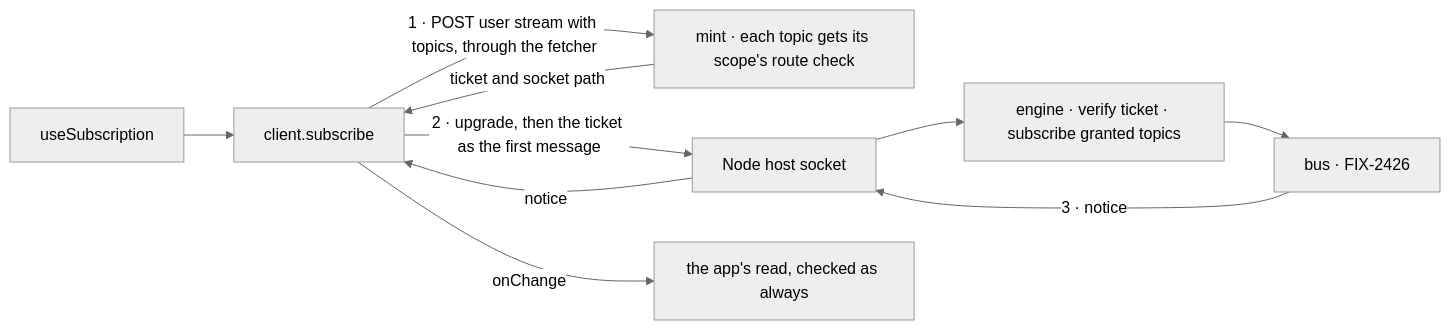
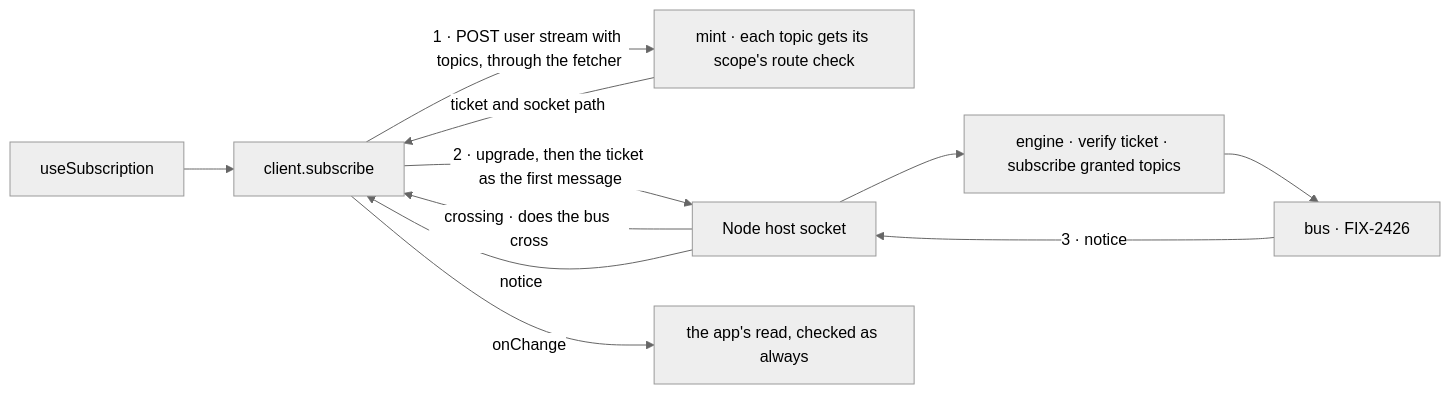
Before and after one commit to fixpoint-labs/flow-state-dev: the second of 2 diagrams in specs/issues/FIX-2428/SPEC.md, drawn with Mermaid (neutral theme). The commit also changed other lines of this file and 13 other files, not shown here.

````diff
--- a/specs/issues/FIX-2428/SPEC.md
+++ b/specs/issues/FIX-2428/SPEC.md
@@ -97,12 +98,13 @@
 ```mermaid
 flowchart LR
   H["useSubscription"] --> S["client.subscribe"]
   S -->|"1 · POST user stream with topics, through the fetcher"| M["mint · each topic gets its scope's route check"]
   M -->|"ticket and socket path"| S
   S -->|"2 · upgrade, then the ticket as the first message"| N["Node host socket"]
   N --> V["engine · verify ticket · subscribe granted topics"]
   V --> B["bus · FIX-2426"]
+  N -->|"crossing · does the bus cross"| S
   B -->|"3 · notice"| N
   N -->|"notice"| S
   S -->|"onChange"| R["the app's read, checked as always"]
 ```
````
